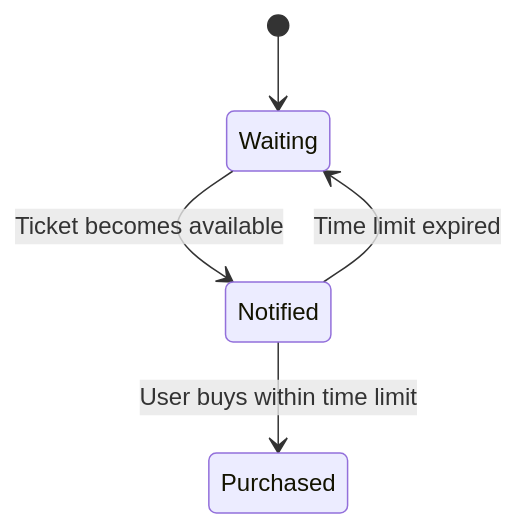
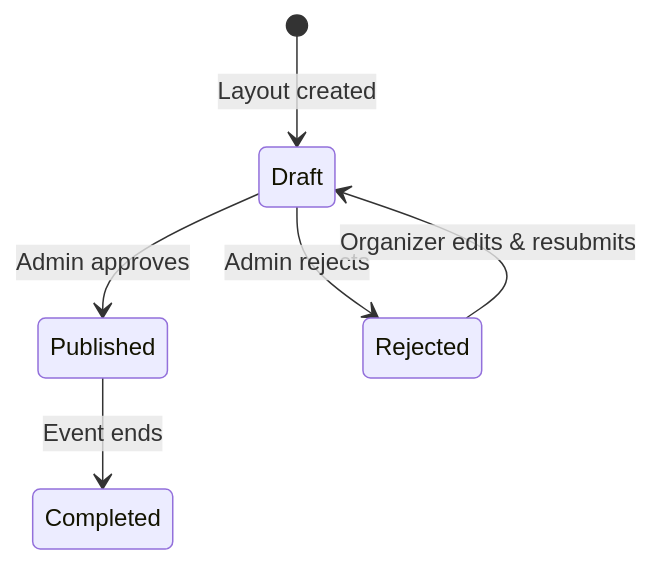
Before and after one commit to SDN-Group5/Event-Ticketing-Platform: diagram 16 of 42 in doc/UML/Nam_BookingOrg.md, drawn with Mermaid. The commit also changed other lines of this file and 2 other files, not shown here.

````diff
--- a/doc/UML/Nam_BookingOrg.md
+++ b/doc/UML/Nam_BookingOrg.md
@@ -138,7 +455,8 @@
 ```mermaid
 stateDiagram-v2
-    [*] --> Waiting
-    Waiting --> Notified: Ticket becomes available
-    Notified --> Purchased: User buys within time limit
-    Notified --> Waiting: Time limit expired
+    [*] --> Draft: Layout created
+    Draft --> Published: Admin approves
+    Draft --> Rejected: Admin rejects
+    Published --> Completed: Event ends
+    Rejected --> Draft: Organizer edits & resubmits
 ```
````
